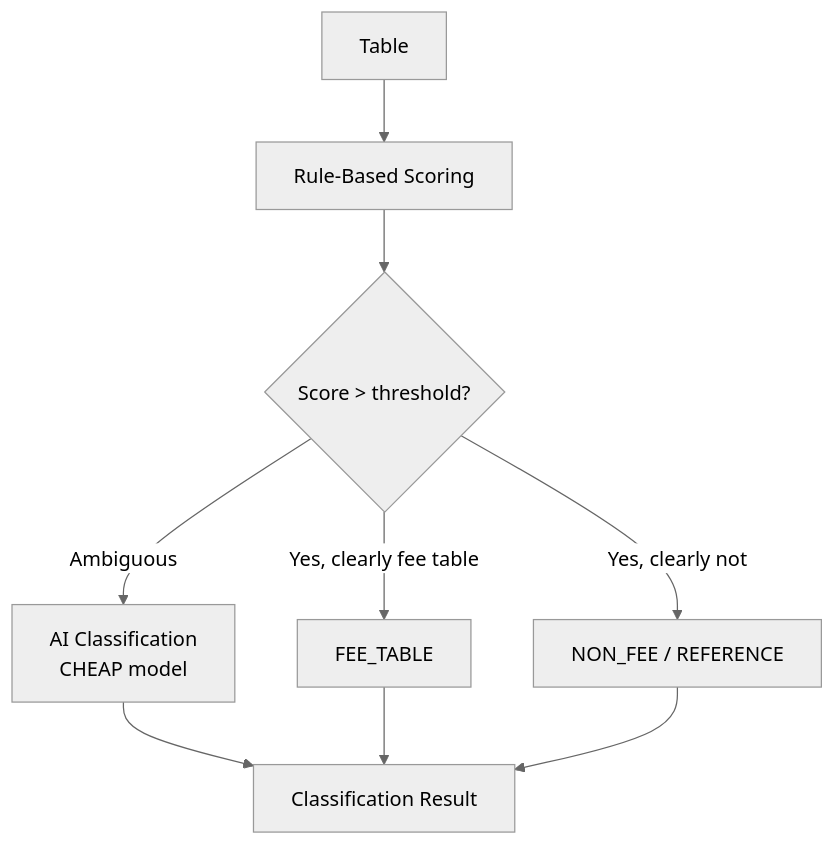
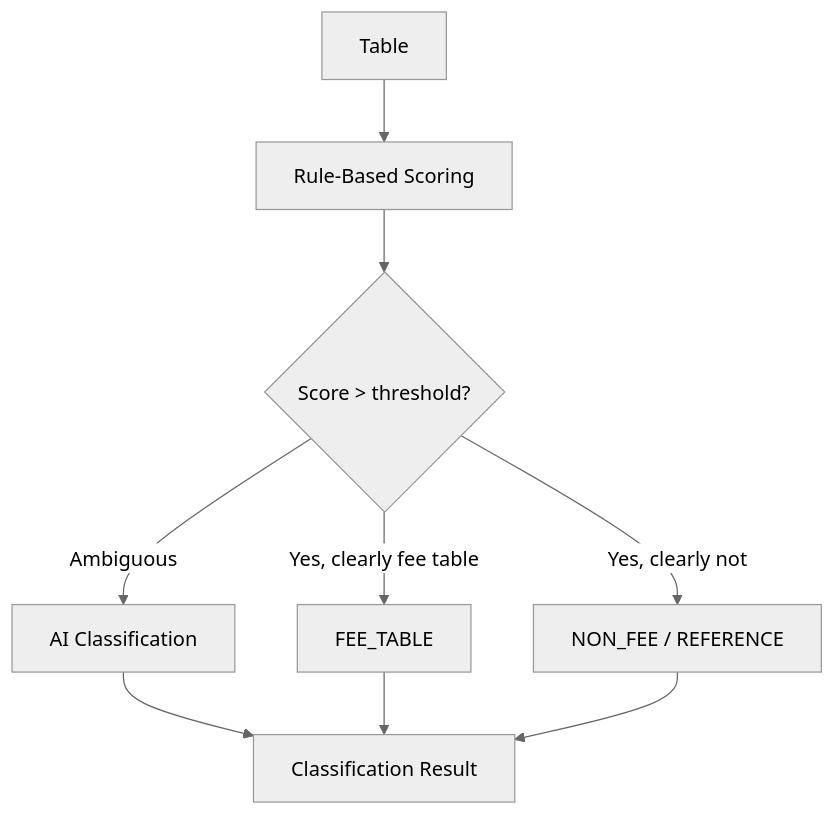
Before and after one commit to seoyds/exnot: the fourth of 4 diagrams in docs/wiki/AI-Agent-System.md, drawn with Mermaid (neutral theme). The commit also changed other lines of this file and 11 other files, not shown here.

````diff
--- a/docs/wiki/AI-Agent-System.md
+++ b/docs/wiki/AI-Agent-System.md
@@ -139,11 +233,11 @@
 ```mermaid
 graph TD
     A[Table] --> B[Rule-Based Scoring]
     B --> C{Score > threshold?}
     C -->|Yes, clearly fee table| D[FEE_TABLE]
     C -->|Yes, clearly not| E[NON_FEE / REFERENCE]
-    C -->|Ambiguous| F[AI Classification<br/>CHEAP model]
+    C -->|Ambiguous| F[AI Classification]
     F --> G[Classification Result]
     D --> G
     E --> G
 ```
````
